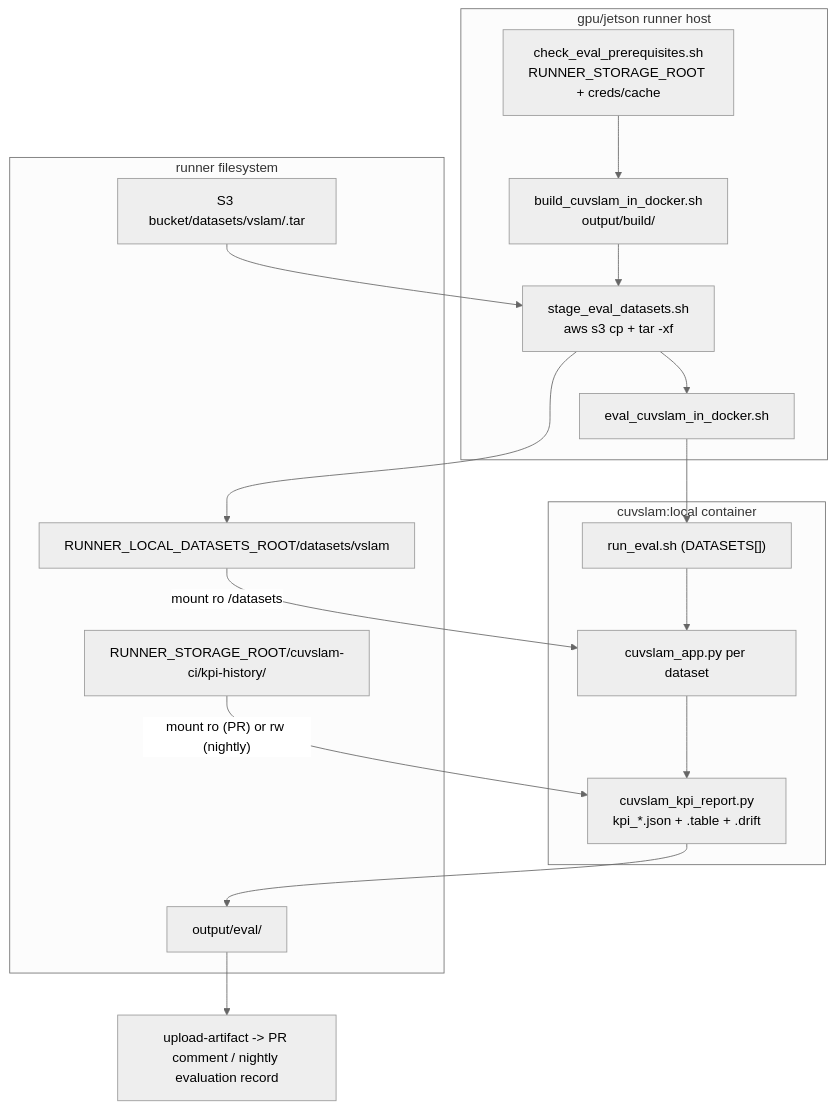
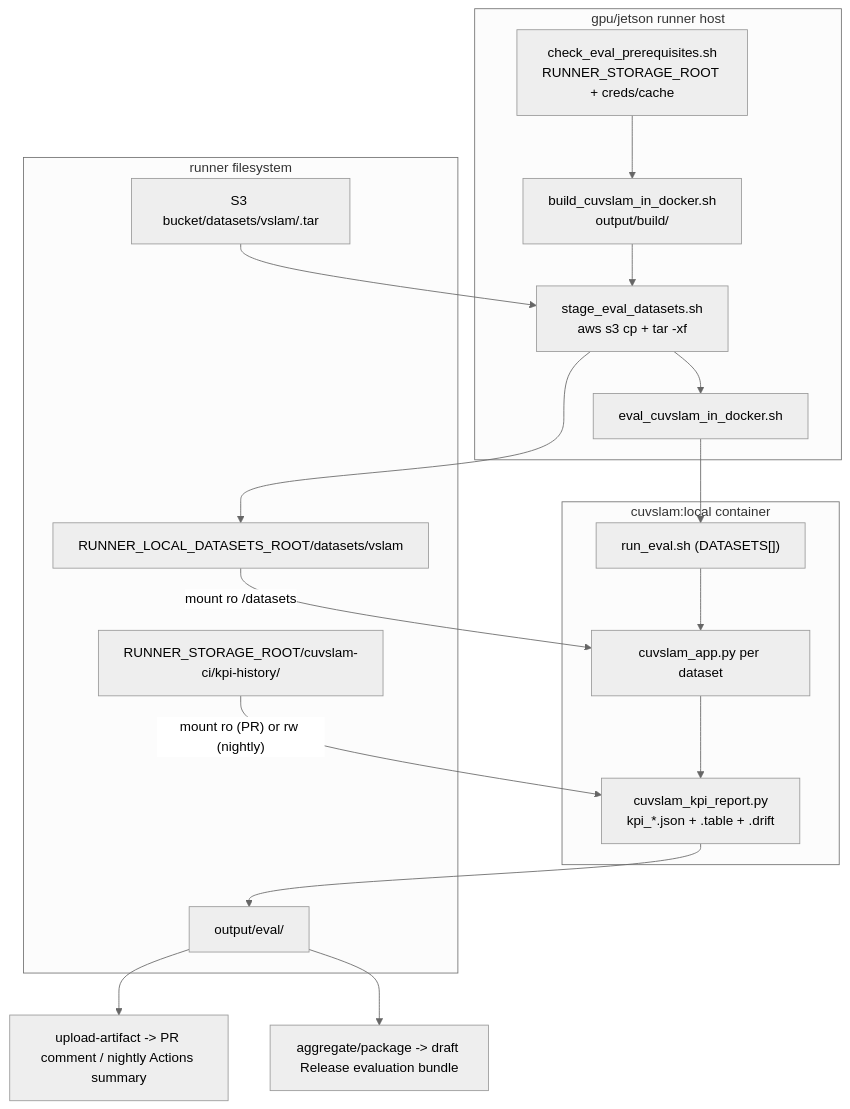
The diagram in cuvslam-skills/cuvslam-ci/reference.md (CloudEngineHub/cuVSLAM), drawn with Mermaid (neutral theme) before and after one commit. The commit also changed other lines of this file and 1 other file, not shown here.

First line of the commit message:
[infra] Update nightly and draft release flow documents

````diff
--- a/cuvslam-skills/cuvslam-ci/reference.md
+++ b/cuvslam-skills/cuvslam-ci/reference.md
@@ -21,28 +21,29 @@
 ```mermaid
 flowchart TD
   subgraph host [gpu/jetson runner host]
     prereq["check_eval_prerequisites.sh\nRUNNER_STORAGE_ROOT + creds/cache"]
     build["build_cuvslam_in_docker.sh\noutput/build/"]
     stage["stage_eval_datasets.sh\naws s3 cp + tar -xf"]
     wrapper["eval_cuvslam_in_docker.sh"]
     prereq --> build --> stage --> wrapper
   end
   subgraph container [cuvslam:local container]
     inner["run_eval.sh (DATASETS[])"]
     app["cuvslam_app.py per dataset"]
     kpi["cuvslam_kpi_report.py\nkpi_*.json + .table + .drift"]
     inner --> app --> kpi
   end
   subgraph fs [runner filesystem]
     s3["S3 bucket/datasets/vslam/<name>.tar"]
     cache["RUNNER_LOCAL_DATASETS_ROOT/datasets/vslam"]
     history["RUNNER_STORAGE_ROOT/cuvslam-ci/kpi-history/<slug>"]
     out["output/eval/"]
   end
   s3 --> stage --> cache
   wrapper --> inner
   cache -->|"mount ro /datasets"| app
   history -->|"mount ro (PR) or rw (nightly)"| kpi
   kpi --> out
-  out --> pub["upload-artifact -> PR comment / nightly evaluation record"]
+  out --> pub["upload-artifact -> PR comment / nightly Actions summary"]
+  out --> release["aggregate/package -> draft Release evaluation bundle"]
 ```
````
